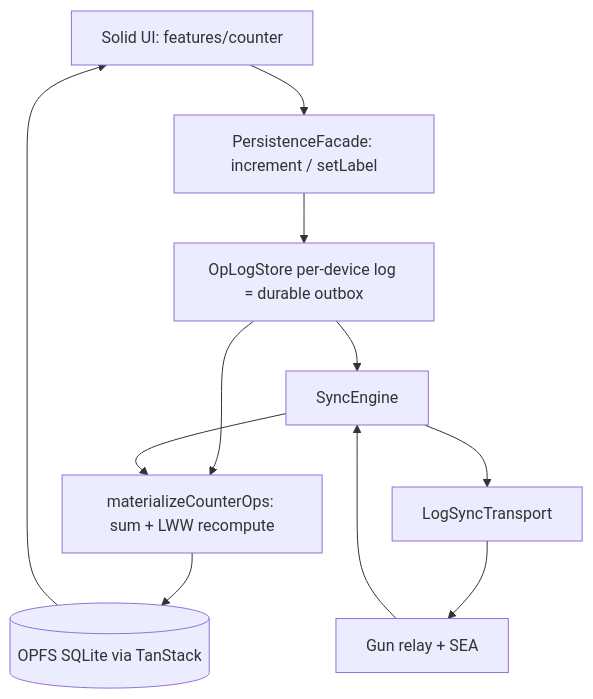
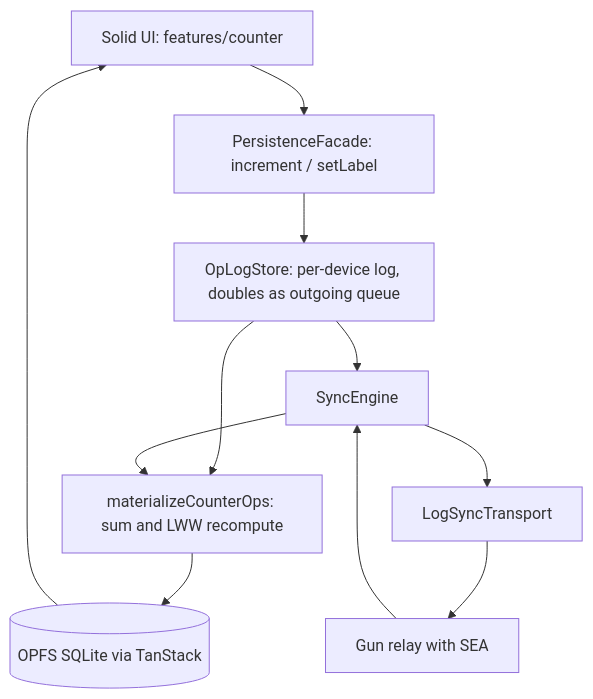
One commit to kacperpaczos/pwa-local-first-template changed the diagram in docs/architecture.md. Above: the diagram before and after it, drawn with Mermaid. The commit also changed other lines of this file and 7 other files, not shown here.

````diff
--- a/docs/architecture.md
+++ b/docs/architecture.md
@@ -9,22 +12,22 @@
 ```mermaid
 flowchart TB
   UI[Solid UI: features/counter]
   Facade[PersistenceFacade: increment / setLabel]
   DB[(OPFS SQLite via TanStack)]
-  Store[OpLogStore per-device log = durable outbox]
-  Materialize[materializeCounterOps: sum + LWW recompute]
+  Store[OpLogStore: per-device log, doubles as outgoing queue]
+  Materialize[materializeCounterOps: sum and LWW recompute]
   Engine[SyncEngine]
   Transport[LogSyncTransport]
-  Gun[Gun relay + SEA]
+  Gun[Gun relay with SEA]
 
   UI --> Facade
   Facade --> Store
   Store --> Materialize
   Materialize --> DB
   DB --> UI
   Store --> Engine
   Engine --> Transport
   Transport --> Gun
   Gun --> Engine
   Engine --> Materialize
 ```
````
